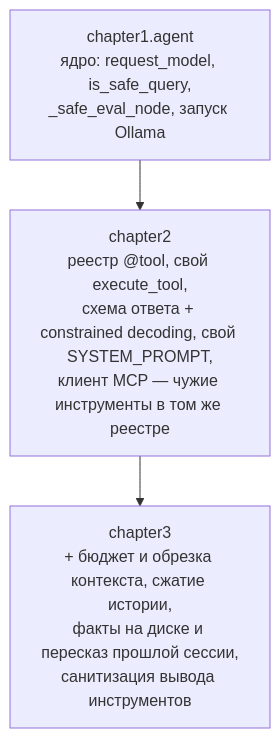
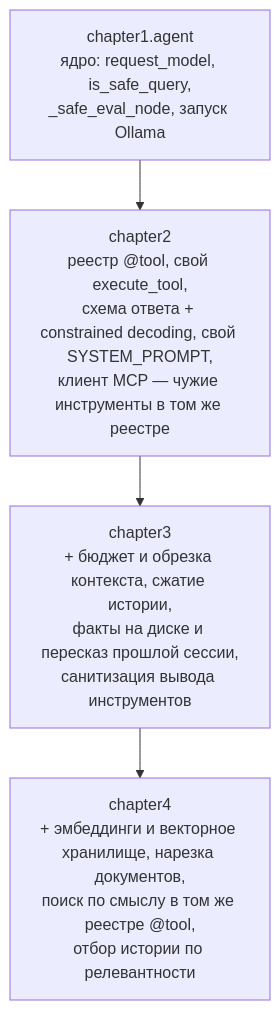
One commit to io982/firstAgent changed the diagram in README.md. Above: the diagram before and after it, drawn with Mermaid. The commit also changed other lines of this file and 4 other files, not shown here.

````diff
--- a/README.md
+++ b/README.md
@@ -360,6 +361,7 @@
 ```mermaid
 graph TD
     Base["chapter1.agent<br/>ядро: request_model, is_safe_query,<br/>_safe_eval_node, запуск Ollama"]
     Base --> Ch2["chapter2<br/>реестр @tool, свой execute_tool,<br/>схема ответа + constrained decoding, свой SYSTEM_PROMPT,<br/>клиент MCP — чужие инструменты в том же реестре"]
     Ch2 --> Ch3["chapter3<br/>+ бюджет и обрезка контекста, сжатие истории,<br/>факты на диске и пересказ прошлой сессии,<br/>санитизация вывода инструментов"]
+    Ch3 --> Ch4["chapter4<br/>+ эмбеддинги и векторное хранилище, нарезка документов,<br/>поиск по смыслу в том же реестре @tool,<br/>отбор истории по релевантности"]
 ```
````
